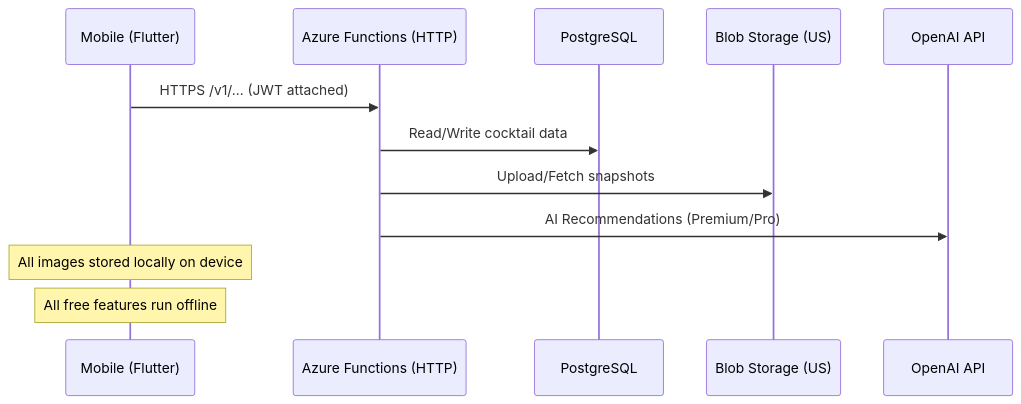
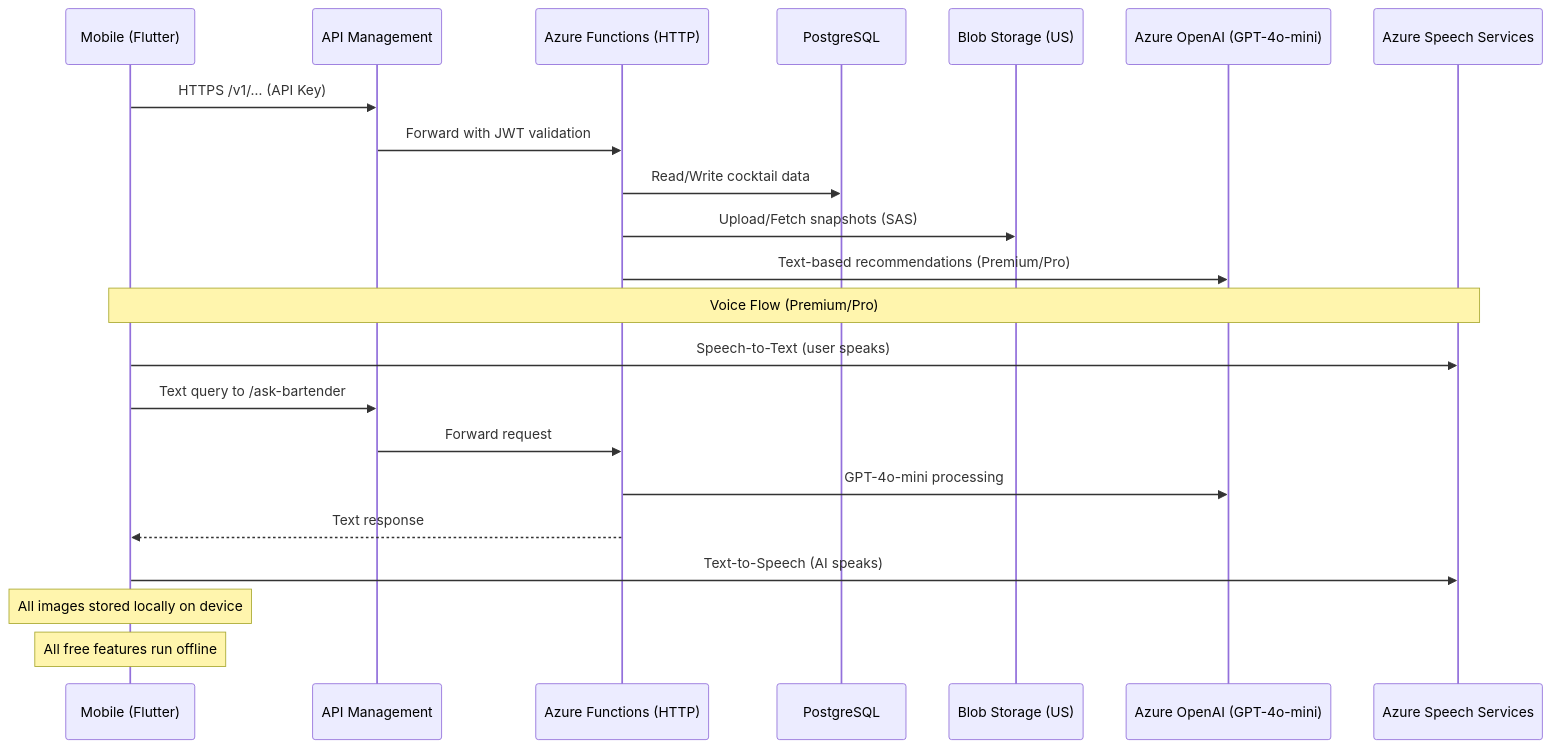
The first of 2 diagrams in docs/ARCHITECTURE.md (gwhitley1969/mybartenderAI-MVP), drawn with Mermaid before and after one commit. The commit also changed other lines of this file and 32 other files, not shown here.

````diff
--- a/docs/ARCHITECTURE.md
+++ b/docs/ARCHITECTURE.md
@@ -24,15 +25,25 @@
 ```mermaid
 sequenceDiagram
   participant M as Mobile (Flutter)
+  participant APIM as API Management
   participant F as Azure Functions (HTTP)
   participant DB as PostgreSQL
   participant B as Blob Storage (US)
-  participant AI as OpenAI API
+  participant AI as Azure OpenAI (GPT-4o-mini)
+  participant Speech as Azure Speech Services
 
-  M->>F: HTTPS /v1/… (JWT attached)
+  M->>APIM: HTTPS /v1/… (API Key)
+  APIM->>F: Forward with JWT validation
   F->>DB: Read/Write cocktail data
-  F->>B: Upload/Fetch snapshots
-  F->>AI: AI Recommendations (Premium/Pro)
+  F->>B: Upload/Fetch snapshots (SAS)
+  F->>AI: Text-based recommendations (Premium/Pro)
+  Note over M,Speech: Voice Flow (Premium/Pro)
+  M->>Speech: Speech-to-Text (user speaks)
+  M->>APIM: Text query to /ask-bartender
+  APIM->>F: Forward request
+  F->>AI: GPT-4o-mini processing
+  F-->>M: Text response
+  M->>Speech: Text-to-Speech (AI speaks)
   Note over M: All images stored locally on device
   Note over M: All free features run offline
 ```
````
